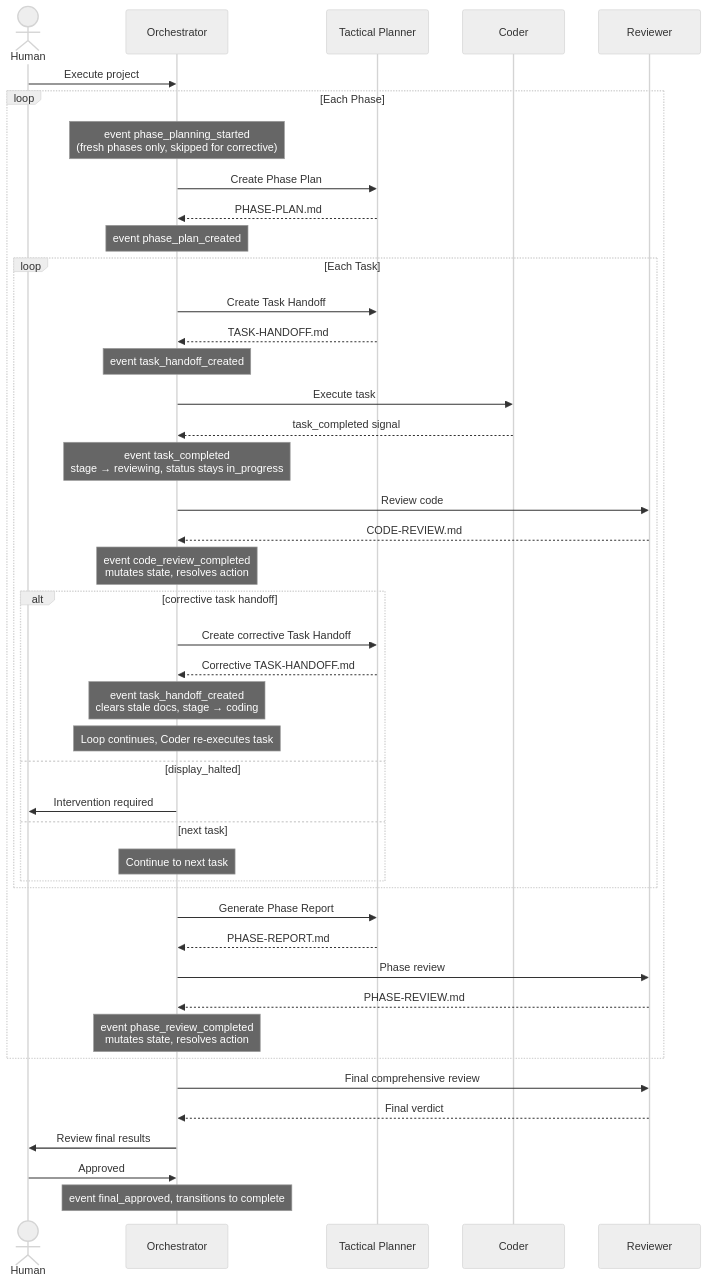
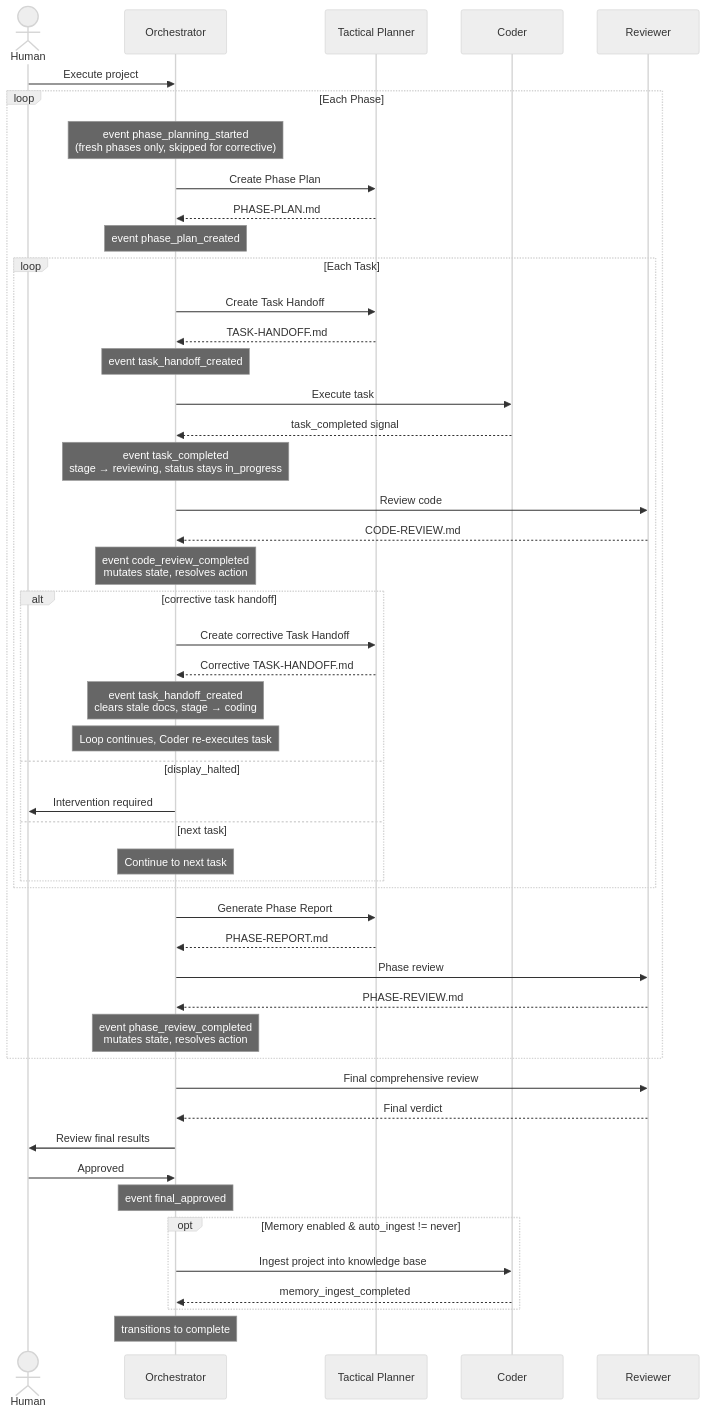
Before and after one commit to MetalHexx/RadOrchestration: the sixth of 7 diagrams in docs/pipeline.md, drawn with Mermaid (neutral theme). The commit also changed other lines of this file and 8 other files, not shown here.

````diff
--- a/docs/pipeline.md
+++ b/docs/pipeline.md
@@ -142,54 +142,61 @@
 ```mermaid
 sequenceDiagram
     actor Human
     participant ORC as Orchestrator
     participant TP as Tactical Planner
     participant COD as Coder
     participant REV as Reviewer
 
     Human->>ORC: Execute project
 
     loop Each Phase
         Note over ORC: event phase_planning_started<br/>(fresh phases only, skipped for corrective)
         ORC->>TP: Create Phase Plan
         TP-->>ORC: PHASE-PLAN.md
         Note over ORC: event phase_plan_created
 
         loop Each Task
             ORC->>TP: Create Task Handoff
             TP-->>ORC: TASK-HANDOFF.md
             Note over ORC: event task_handoff_created
 
             ORC->>COD: Execute task
             COD-->>ORC: task_completed signal
             Note over ORC: event task_completed<br/>stage → reviewing, status stays in_progress
 
             ORC->>REV: Review code
             REV-->>ORC: CODE-REVIEW.md
             Note over ORC: event code_review_completed<br/>mutates state, resolves action
 
             alt corrective task handoff
                 ORC->>TP: Create corrective Task Handoff
                 TP-->>ORC: Corrective TASK-HANDOFF.md
                 Note over ORC: event task_handoff_created<br/>clears stale docs, stage → coding
                 Note over ORC: Loop continues, Coder re-executes task
             else display_halted
                 ORC->>Human: Intervention required
             else next task
                 Note over ORC: Continue to next task
             end
         end
 
         ORC->>TP: Generate Phase Report
         TP-->>ORC: PHASE-REPORT.md
         ORC->>REV: Phase review
         REV-->>ORC: PHASE-REVIEW.md
         Note over ORC: event phase_review_completed<br/>mutates state, resolves action
     end
 
     ORC->>REV: Final comprehensive review
     REV-->>ORC: Final verdict
     ORC->>Human: Review final results
     Human->>ORC: Approved
-    Note over ORC: event final_approved, transitions to complete
+    Note over ORC: event final_approved
+
+    opt Memory enabled & auto_ingest != never
+        ORC->>COD: Ingest project into knowledge base
+        COD-->>ORC: memory_ingest_completed
+    end
+
+    Note over ORC: transitions to complete
 ```
````
